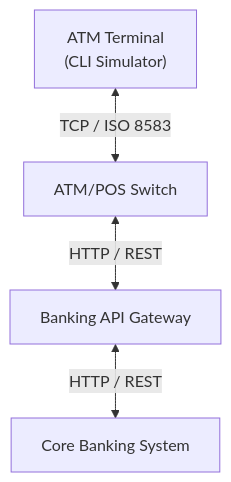
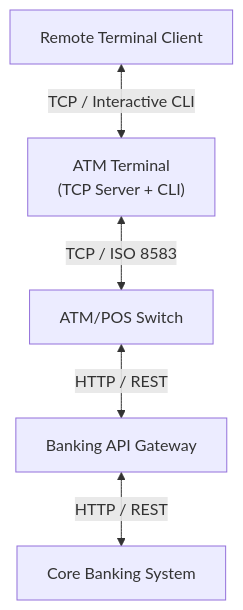
The diagram in README.md (hossensyedriadh/banking), drawn with Mermaid before and after one commit. The commit also changed other lines of this file, not shown here.

````diff
--- a/README.md
+++ b/README.md
@@ -26,11 +29,13 @@
 ```mermaid
 flowchart TD
-    A["ATM Terminal<br/>(CLI Simulator)"]
-    B["ATM/POS Switch"]
-    C["Banking API Gateway"]
-    D["Core Banking System"]
+    A["Remote Terminal Client"]
+    B["ATM Terminal<br/>(TCP Server + CLI)"]
+    C["ATM/POS Switch"]
+    D["Banking API Gateway"]
+    E["Core Banking System"]
 
-    A <-->|"TCP / ISO 8583"| B
-    B <-->|"HTTP / REST"| C
+    A <-->|"TCP / Interactive CLI"| B
+    B <-->|"TCP / ISO 8583"| C
     C <-->|"HTTP / REST"| D
+    D <-->|"HTTP / REST"| E
 ```
````
